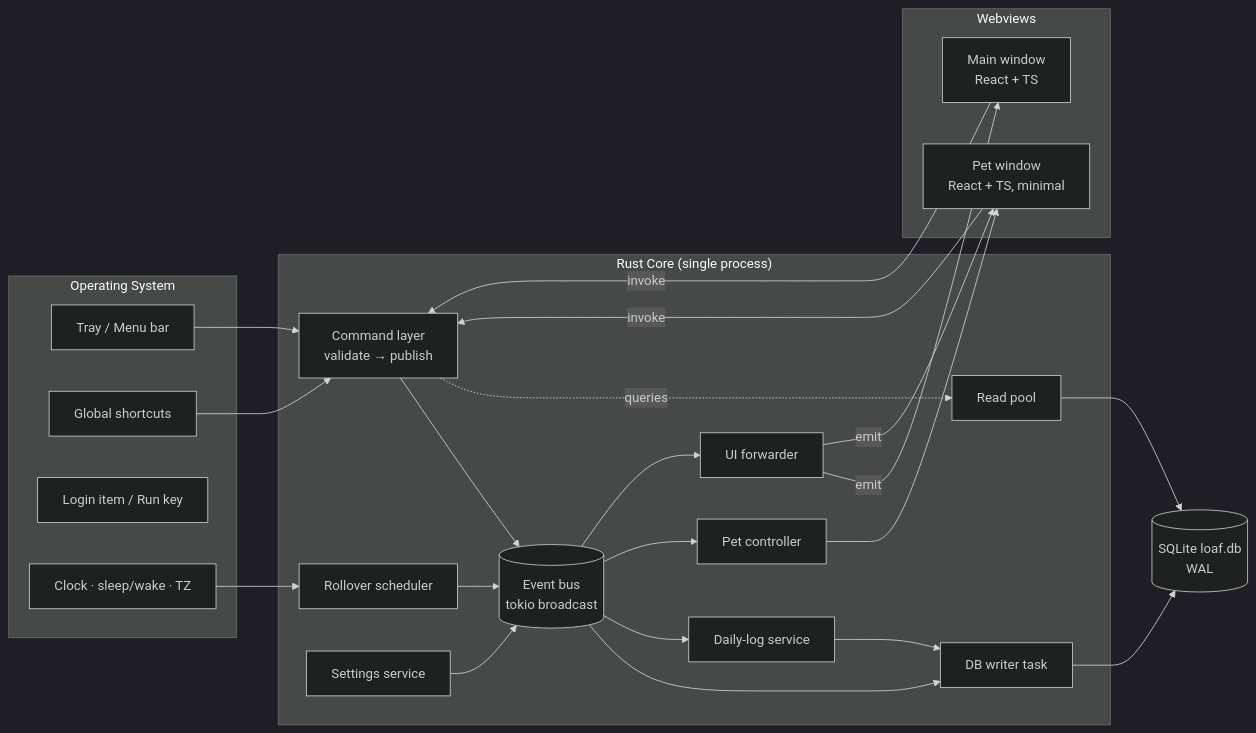
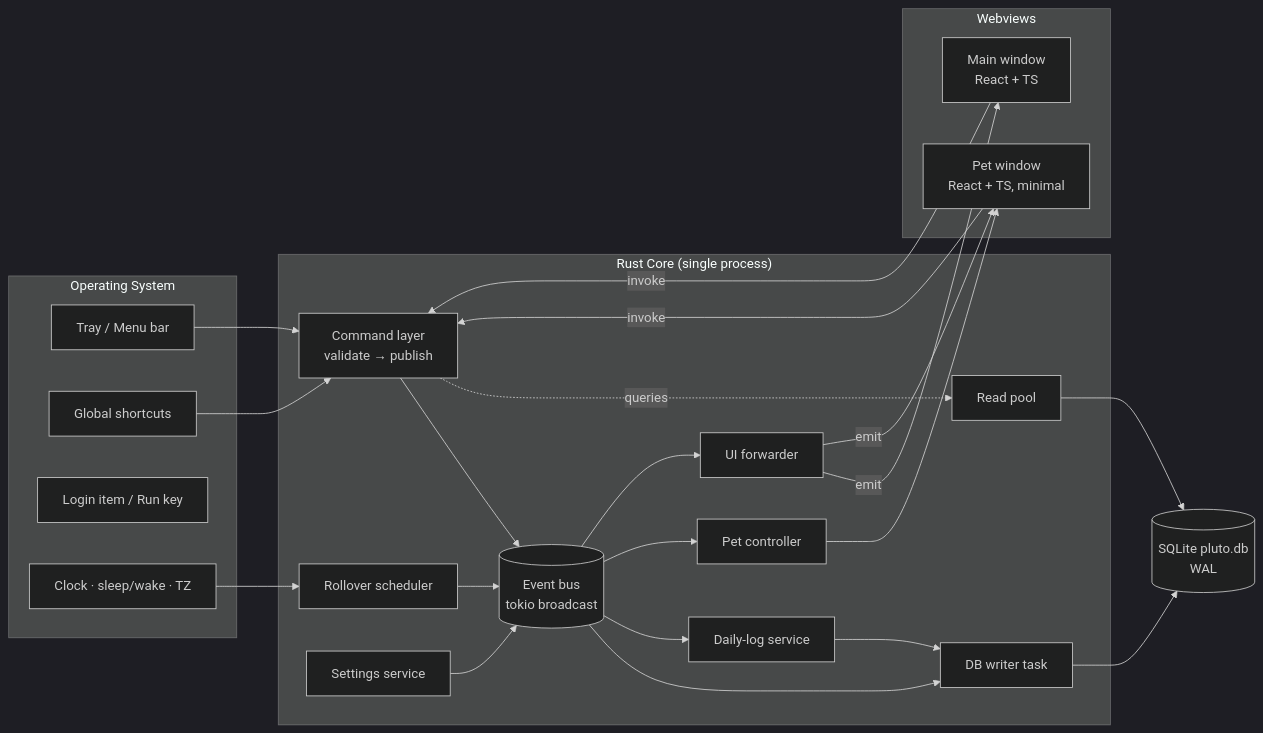
Before and after one commit to yokshith09/DESKTOP-PRODUCTIVITY-TRACKER: the diagram in desktop-pet-docs/docs/03-trd/TRD.md, drawn with Mermaid (dark theme). The commit also changed other lines of this file and 297 other files, not shown here.

````diff
--- a/desktop-pet-docs/docs/03-trd/TRD.md
+++ b/desktop-pet-docs/docs/03-trd/TRD.md
@@ -14,47 +14,47 @@
 ```mermaid
 flowchart LR
     subgraph OS["Operating System"]
         TRAY[Tray / Menu bar]
         GS[Global shortcuts]
         LOGIN[Login item / Run key]
         CLOCK[Clock · sleep/wake · TZ]
     end
 
     subgraph CORE["Rust Core (single process)"]
         CMD[Command layer<br/>validate → publish]
         BUS[(Event bus<br/>tokio broadcast)]
         DBW[DB writer task]
         DBR[Read pool]
         LOG[Daily-log service]
         SCHED[Rollover scheduler]
         SET[Settings service]
         PETE[Pet controller]
         FWD[UI forwarder]
     end
 
-    DB[(SQLite loaf.db<br/>WAL)]
+    DB[(SQLite pluto.db<br/>WAL)]
 
     subgraph UI["Webviews"]
         MAIN[Main window<br/>React + TS]
         PET[Pet window<br/>React + TS, minimal]
     end
 
     MAIN -- invoke --> CMD
     PET -- invoke --> CMD
     TRAY --> CMD
     GS --> CMD
     CLOCK --> SCHED
     CMD --> BUS
     SCHED --> BUS
     BUS --> DBW --> DB
     BUS --> LOG
     BUS --> PETE
     BUS --> FWD
     LOG --> DBW
     DBR --> DB
     CMD -. queries .-> DBR
     FWD -- emit --> MAIN
     FWD -- emit --> PET
     PETE --> PET
     SET --> BUS
 ```
````
